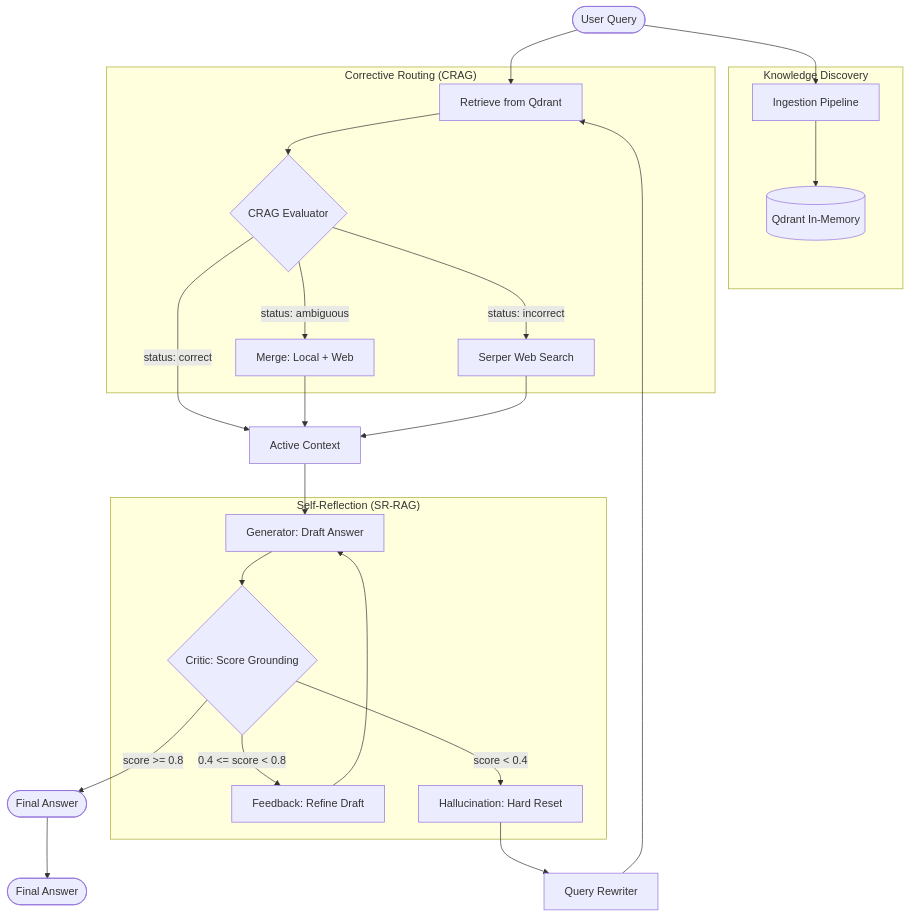
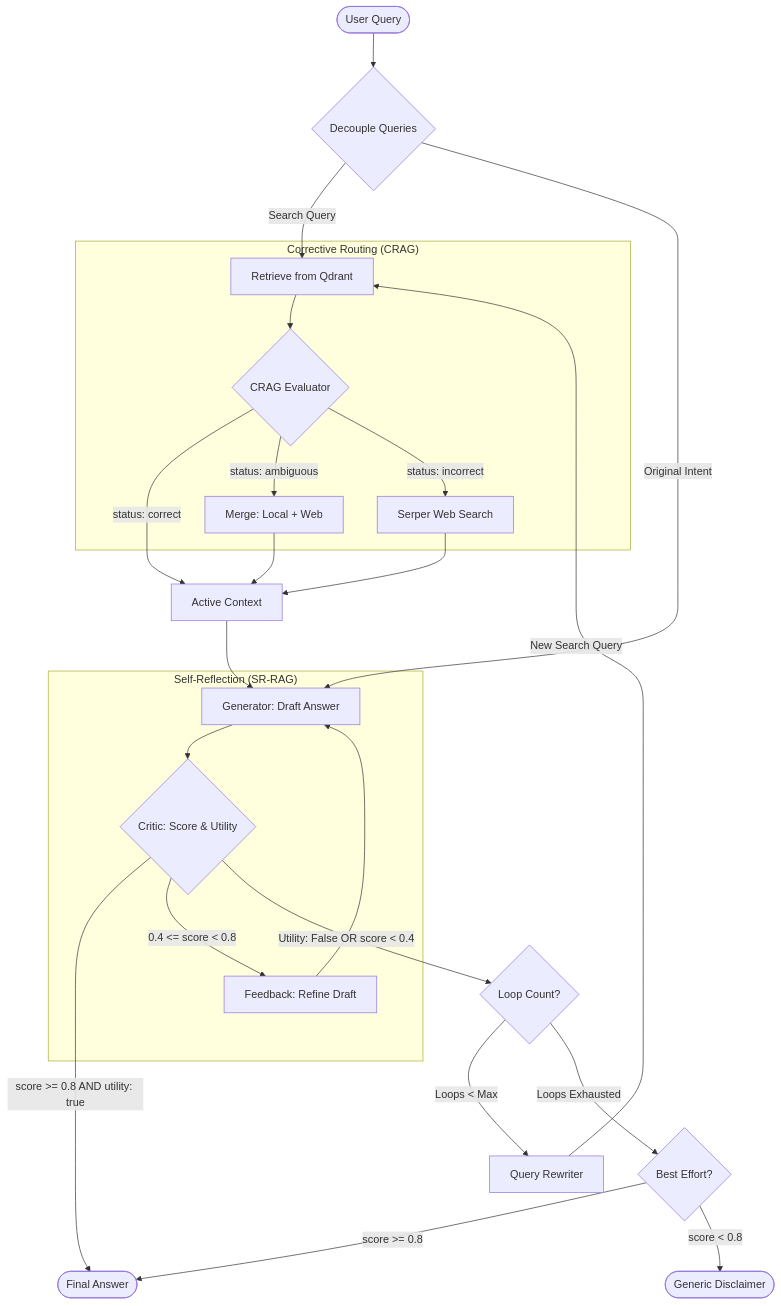
One commit to mohitagr18/crag-srag-pipeline changed the diagram in workflows/overall_architecture.md. Above: the diagram before and after it, drawn with Mermaid. The commit also changed other lines of this file and 3 other files, not shown here.

Commit message:
updated architecture files

````diff
--- a/workflows/overall_architecture.md
+++ b/workflows/overall_architecture.md
@@ -5,47 +5,44 @@
 ```mermaid
 graph TD
-    User([User Query]) --> Ingestion[Ingestion Pipeline]
-    Ingestion --> Qdrant[(Qdrant In-Memory)]
+    User([User Query]) --> Decouple{Decouple Queries}
+    Decouple --> |"Search Query"| Retrieval[Retrieve from Qdrant]
+    Decouple --> |"Original Intent"| Draft
     
-    User --> Retrieval[Retrieve from Qdrant]
     Retrieval --> CRAG{CRAG Evaluator}
     
     CRAG -- status: correct --> Grounding[Active Context]
     CRAG -- status: ambiguous --> Hybrid[Merge: Local + Web]
     CRAG -- status: incorrect --> Web[Serper Web Search]
     
     Hybrid --> Grounding
     Web --> Grounding
     
     Grounding --> Draft[Generator: Draft Answer]
-    Draft --> Critique{Critic: Score Grounding}
+    Draft --> Critique{Critic: Score & Utility}
     
-    Critique -- "score >= 0.8" --> Success([Final Answer])
+    Critique -- "score >= 0.8 AND utility: true" --> Success([Final Answer])
     Critique -- "0.4 <= score < 0.8" --> Refine[Feedback: Refine Draft]
-    Critique -- "score < 0.4" --> Reset[Hallucination: Hard Reset]
+    Critique -- "Utility: False OR score < 0.4" --> LoopCheck{Loop Count?}
     
     Refine --> Draft
-    Reset --> Rewriter[Query Rewriter]
-    Rewriter --> Retrieval
     
-    Success --> Output([Final Answer])
-
-    subgraph "Knowledge Discovery"
-    Ingestion
-    Qdrant
-    end
+    LoopCheck -- "Loops < Max" --> Rewriter[Query Rewriter]
+    Rewriter --> |"New Search Query"| Retrieval
+    
+    LoopCheck -- "Loops Exhausted" --> BestEffort{Best Effort?}
+    BestEffort -- "score >= 0.8" --> Success
+    BestEffort -- "score < 0.8" --> Failure([Generic Disclaimer])
 
     subgraph "Corrective Routing (CRAG)"
     Retrieval
     CRAG
     Hybrid
     Web
     end
 
     subgraph "Self-Reflection (SR-RAG)"
     Draft
     Critique
     Refine
-    Reset
     end
 ```
````
